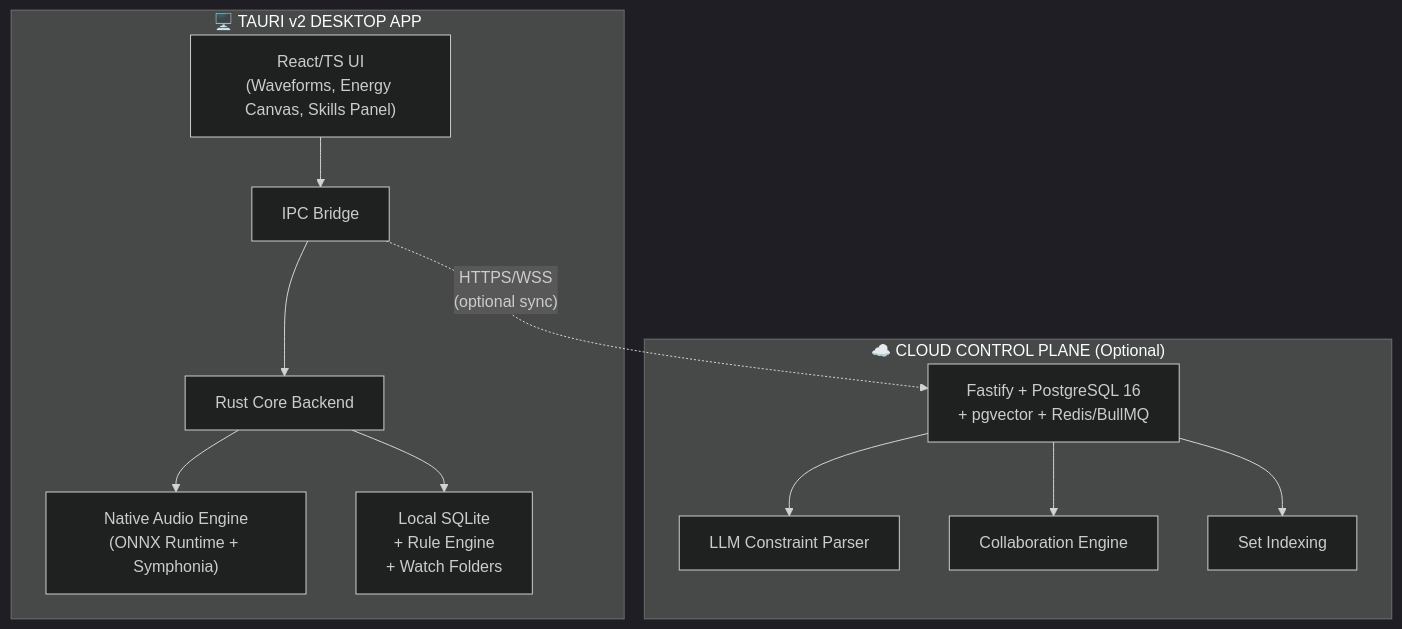
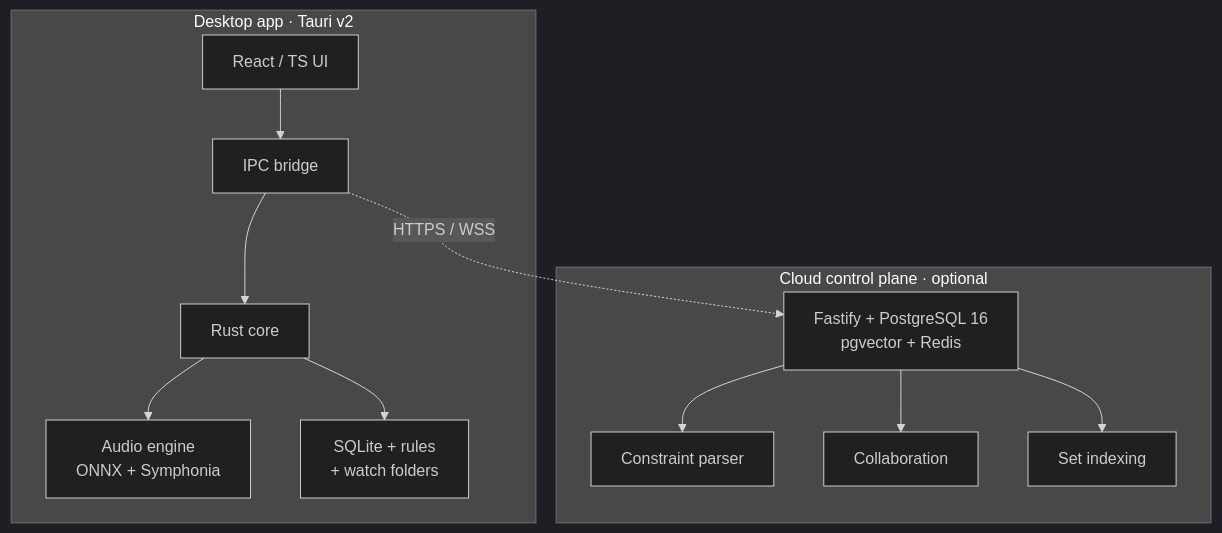
Before and after one commit to iDorgham/DJ-Assistant: the diagram in README.md, drawn with Mermaid (dark theme). The commit also changed other lines of this file, not shown here.

````diff
--- a/README.md
+++ b/README.md
@@ -73,26 +87,25 @@
 ```mermaid
 graph TB
-    subgraph Desktop["🖥️ TAURI v2 DESKTOP APP"]
-        UI["React/TS UI<br/>(Waveforms, Energy Canvas, Skills Panel)"]
-        IPC["IPC Bridge"]
-        Core["Rust Core Backend"]
-        Audio["Native Audio Engine<br/>(ONNX Runtime + Symphonia)"]
-        DB["Local SQLite<br/>+ Rule Engine<br/>+ Watch Folders"]
+    subgraph Desktop["Desktop app · Tauri v2"]
+        UI["React / TS UI"]
+        IPC["IPC bridge"]
+        Core["Rust core"]
+        Audio["Audio engine<br/>ONNX + Symphonia"]
+        DB["SQLite + rules<br/>+ watch folders"]
     end
 
-    subgraph Cloud["☁️ CLOUD CONTROL PLANE (Optional)"]
-        API["Fastify + PostgreSQL 16<br/>+ pgvector + Redis/BullMQ"]
-        LLM["LLM Constraint Parser"]
-        Collab["Collaboration Engine"]
-        Index["Set Indexing"]
+    subgraph Cloud["Cloud control plane · optional"]
+        API["Fastify + PostgreSQL 16<br/>pgvector + Redis"]
+        LLM["Constraint parser"]
+        Collab["Collaboration"]
+        Index["Set indexing"]
     end
 
-    UI --> IPC
-    IPC --> Core
+    UI --> IPC --> Core
     Core --> Audio
     Core --> DB
-    IPC -.->|"HTTPS/WSS<br/>(optional sync)"| API
+    IPC -.->|"HTTPS / WSS"| API
     API --> LLM
     API --> Collab
     API --> Index
 ```
````
